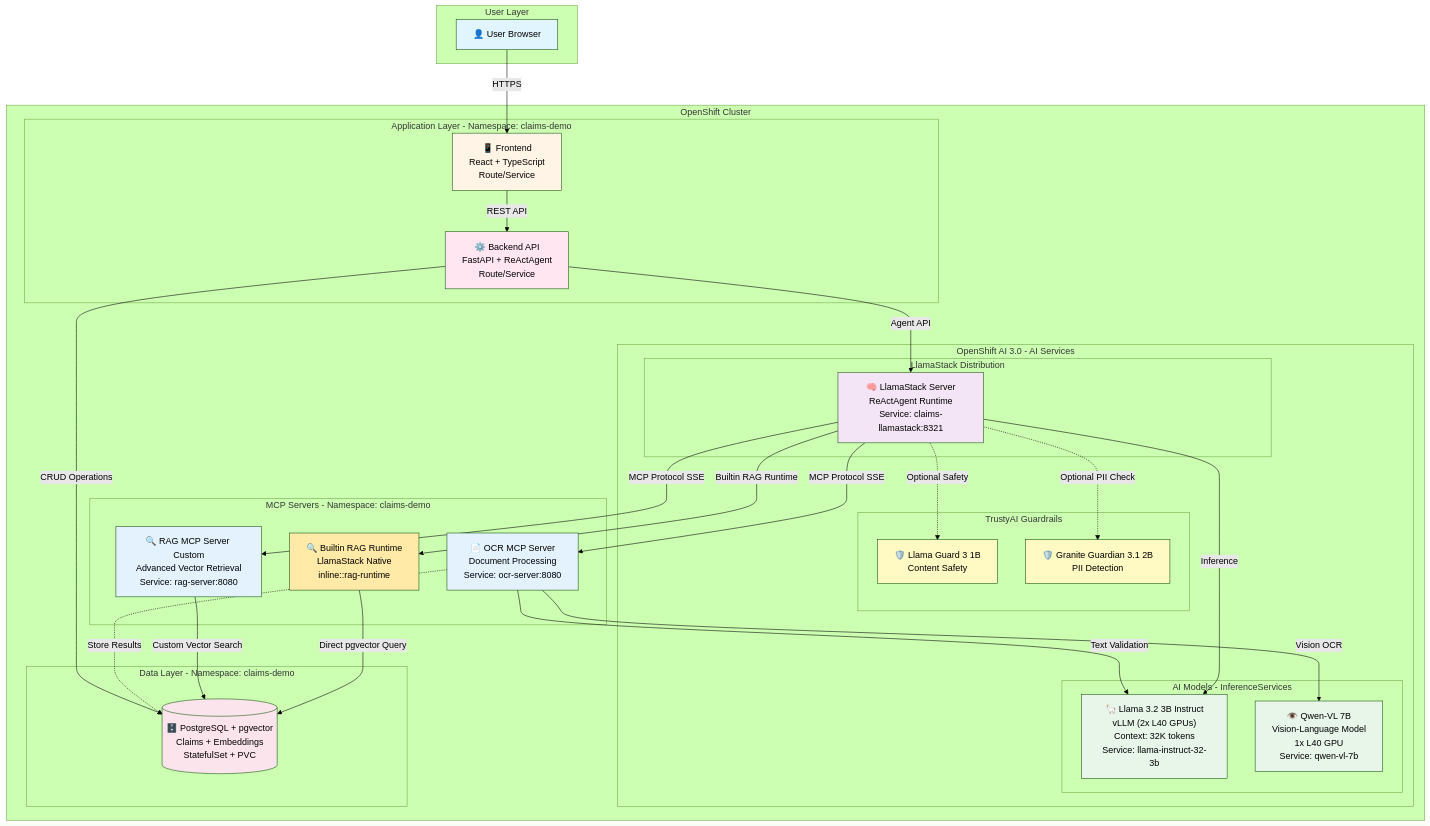
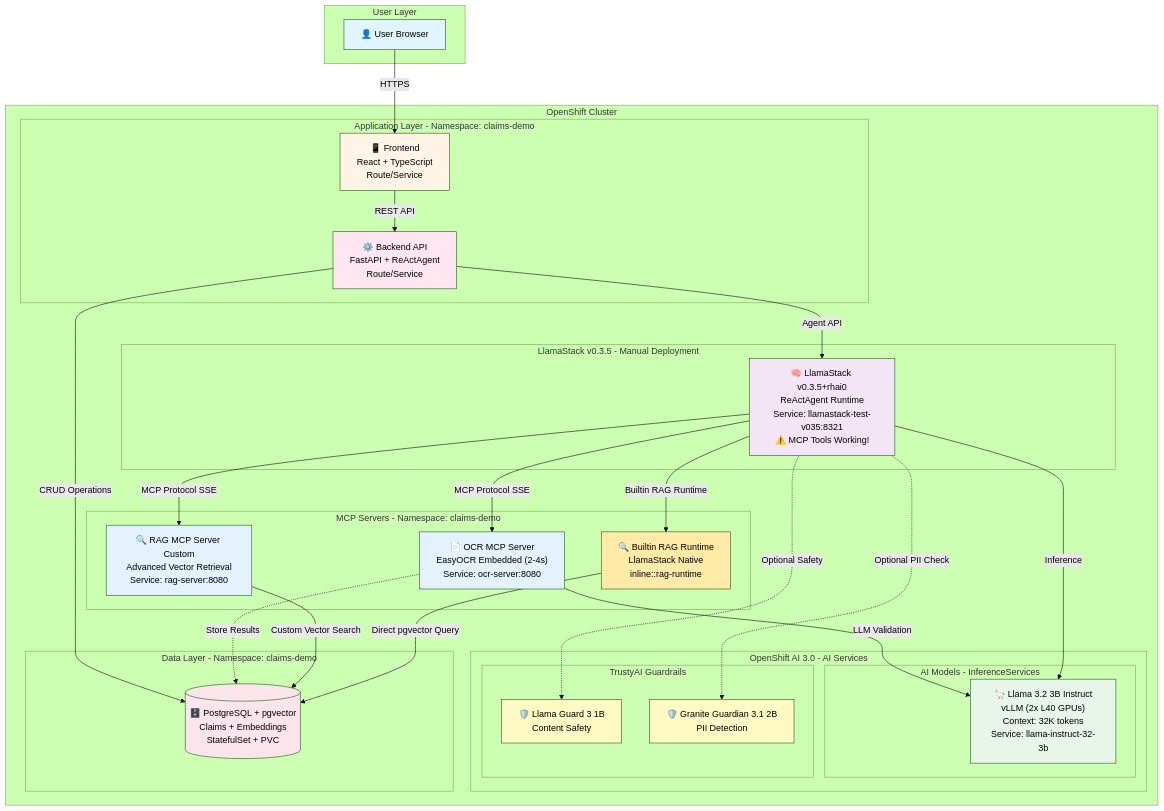
One commit to mouachan/agentic-claim-demo changed the diagram in README.md. Above: the diagram before and after it, drawn with Mermaid (forest theme). The commit also changed other lines of this file and 10 other files, not shown here.

First line of the commit message:
feat: Migrate to LlamaStack v0.3.5+rhai0 and EasyOCR for production

````diff
--- a/README.md
+++ b/README.md
@@ -35,81 +66,81 @@
 ```mermaid
 graph TB
     subgraph "User Layer"
         U[👤 User Browser]
     end
 
     subgraph "OpenShift Cluster"
         subgraph "Application Layer - Namespace: claims-demo"
             F[📱 Frontend<br/>React + TypeScript<br/>Route/Service]
             B[⚙️ Backend API<br/>FastAPI + ReActAgent<br/>Route/Service]
         end
 
+        subgraph "LlamaStack v0.3.5 - Manual Deployment"
+            LS[🧠 LlamaStack v0.3.5+rhai0<br/>ReActAgent Runtime<br/>Service: llamastack-test-v035:8321<br/>⚠️ MCP Tools Working!]
+        end
+
         subgraph "OpenShift AI 3.0 - AI Services"
-            subgraph "LlamaStack Distribution"
-                LS[🧠 LlamaStack Server<br/>ReActAgent Runtime<br/>Service: claims-llamastack:8321]
-            end
 
             subgraph "AI Models - InferenceServices"
                 LLM["🦙 Llama 3.2 3B Instruct<br/>vLLM (2x L40 GPUs)<br/>Context: 32K tokens<br/>Service: llama-instruct-32-3b"]
-                QWEN["👁️ Qwen-VL 7B<br/>Vision-Language Model<br/>1x L40 GPU<br/>Service: qwen-vl-7b"]
             end
 
             subgraph "TrustyAI Guardrails"
                 LG["🛡️ Llama Guard 3 1B<br/>Content Safety"]
                 GG["🛡️ Granite Guardian 3.1 2B<br/>PII Detection"]
             end
         end
 
         subgraph "MCP Servers - Namespace: claims-demo"
-            OCR["📄 OCR MCP Server<br/>Document Processing<br/>Service: ocr-server:8080"]
+            OCR["📄 OCR MCP Server<br/>EasyOCR Embedded (2-4s)<br/>Service: ocr-server:8080"]
             RAG["🔍 RAG MCP Server Custom<br/>Advanced Vector Retrieval<br/>Service: rag-server:8080"]
             RAGBUILTIN["🔍 Builtin RAG Runtime<br/>LlamaStack Native<br/>inline::rag-runtime"]
         end
 
         subgraph "Data Layer - Namespace: claims-demo"
             DB[(🗄️ PostgreSQL + pgvector<br/>Claims + Embeddings<br/>StatefulSet + PVC)]
         end
     end
 
     %% User connections
     U -->|HTTPS| F
     F -->|REST API| B
 
     %% Backend to LlamaStack
     B -->|Agent API| LS
 
     %% LlamaStack to Models
     LS -->|Inference| LLM
     LS -->|MCP Protocol SSE| OCR
     LS -->|MCP Protocol SSE| RAG
     LS -.->|Optional Safety| LG
     LS -.->|Optional PII Check| GG
 
     %% LlamaStack Builtin RAG (inline runtime)
     LS -->|Builtin RAG Runtime| RAGBUILTIN
     RAGBUILTIN -->|Direct pgvector Query| DB
 
     %% MCP Servers to AI Models
-    OCR -->|Vision OCR| QWEN
-    OCR -->|Text Validation| LLM
+    OCR -->|LLM Validation| LLM
+
+    %% Note: EasyOCR runs embedded in OCR server (no external model call)
 
     %% MCP Servers to Data
     RAG -->|Custom Vector Search| DB
     OCR -.->|Store Results| DB
 
     %% Backend to Data
     B -->|CRUD Operations| DB
 
     style U fill:#e1f5ff
     style F fill:#fff4e6
     style B fill:#ffe6f0
     style LS fill:#f3e5f5
     style LLM fill:#e8f5e9
-    style QWEN fill:#e8f5e9
     style LG fill:#fff9c4
     style GG fill:#fff9c4
     style OCR fill:#e3f2fd
     style RAG fill:#e3f2fd
     style RAGBUILTIN fill:#ffeaa7
     style DB fill:#fce4ec
 ```
````
